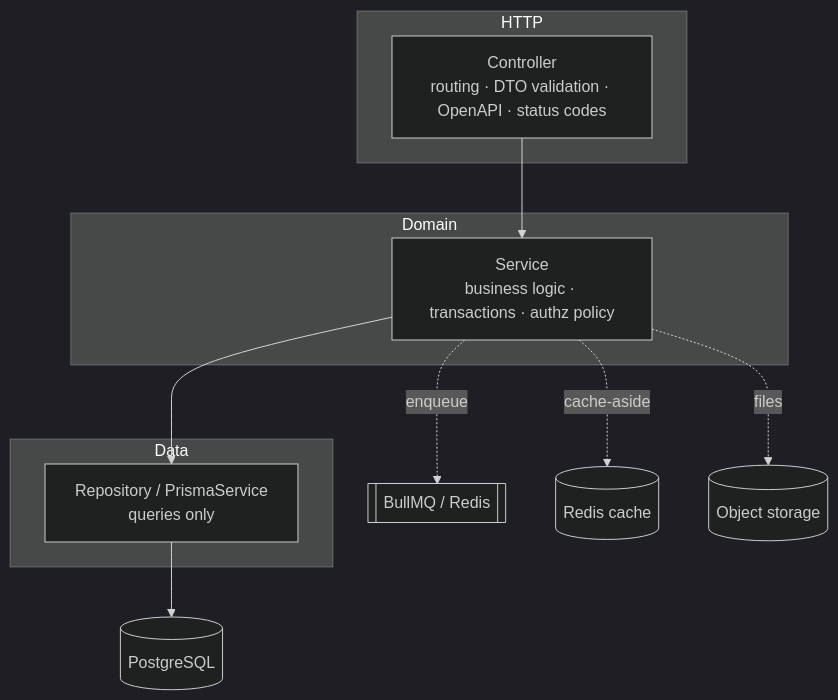
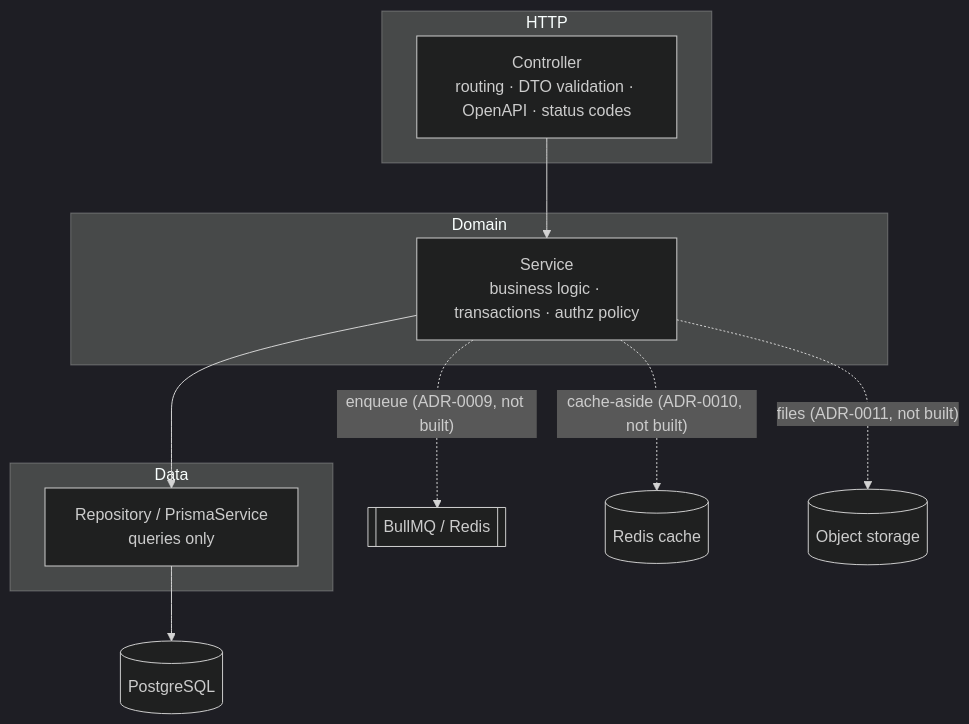
Before and after one commit to HuttonHomeHub/SchedulePoint_1: the first of 2 diagrams in docs/BACKEND_ARCHITECTURE.md, drawn with Mermaid (dark theme). The commit also changed other lines of this file and 142 other files, not shown here.

````diff
--- a/docs/BACKEND_ARCHITECTURE.md
+++ b/docs/BACKEND_ARCHITECTURE.md
@@ -22,17 +30,17 @@
 ```mermaid
 flowchart TD
   subgraph HTTP
     C[Controller<br/>routing · DTO validation · OpenAPI · status codes]
   end
   subgraph Domain
     S[Service<br/>business logic · transactions · authz policy]
   end
   subgraph Data
     R[Repository / PrismaService<br/>queries only]
   end
   DB[(PostgreSQL)]
   C --> S --> R --> DB
-  S -. enqueue .-> Q[[BullMQ / Redis]]
-  S -. cache-aside .-> K[(Redis cache)]
-  S -. files .-> O[(Object storage)]
+  S -. "enqueue (ADR-0009, not built)" .-> Q[[BullMQ / Redis]]
+  S -. "cache-aside (ADR-0010, not built)" .-> K[(Redis cache)]
+  S -. "files (ADR-0011, not built)" .-> O[(Object storage)]
 ```
````
